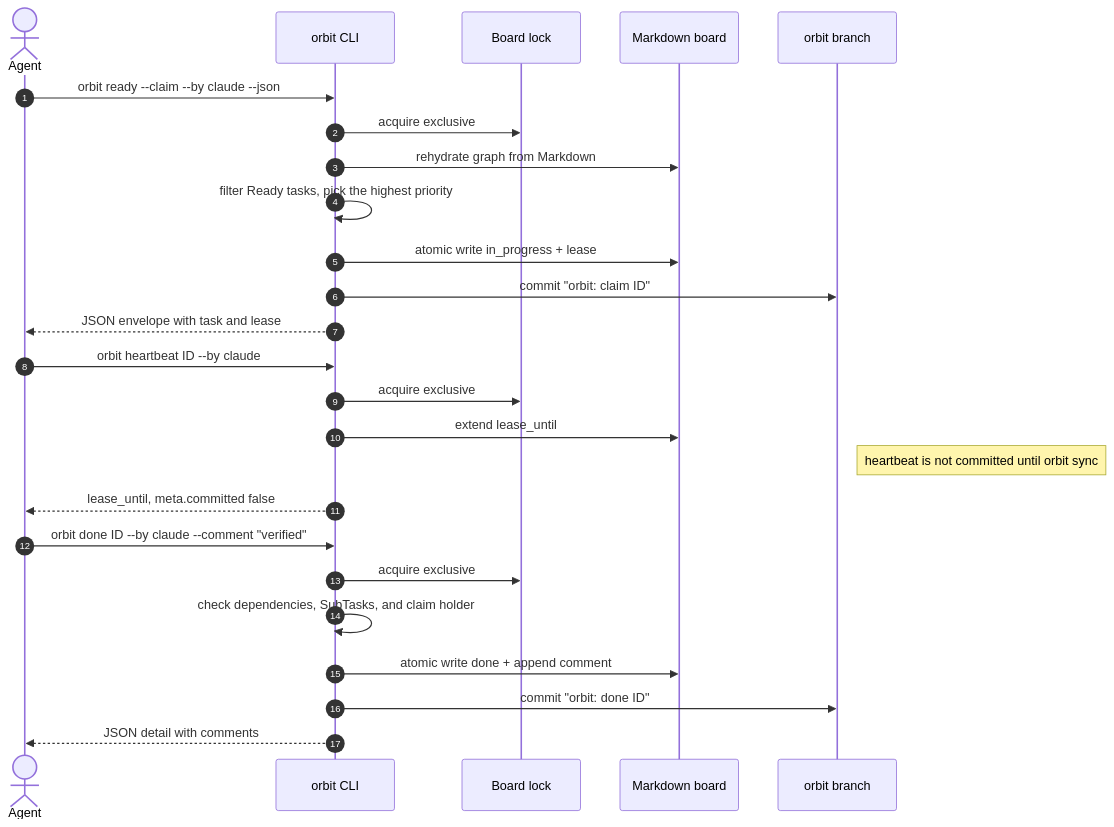
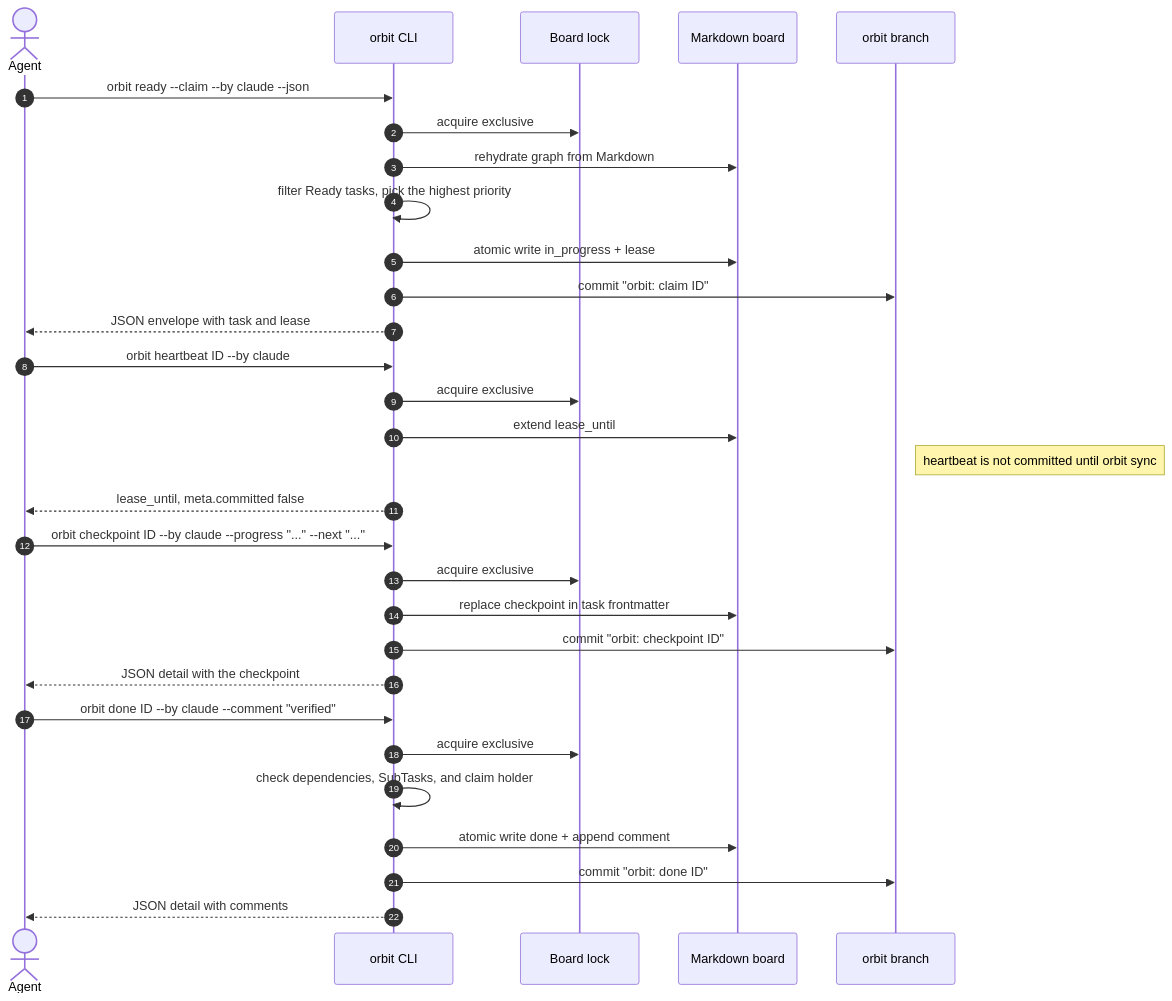
One commit to rcmendes/orbit changed the second of 6 diagrams in README.md. Above: the diagram before and after it, drawn with Mermaid. The commit also changed other lines of this file and 22 other files, not shown here.

````diff
--- a/README.md
+++ b/README.md
@@ -404,30 +410,36 @@
 ```mermaid
 sequenceDiagram
     autonumber
     actor Agent
     participant CLI as orbit CLI
     participant Lock as Board lock
     participant Board as Markdown board
     participant Git as orbit branch
 
     Agent->>CLI: orbit ready --claim --by claude --json
     CLI->>Lock: acquire exclusive
     CLI->>Board: rehydrate graph from Markdown
     CLI->>CLI: filter Ready tasks, pick the highest priority
     CLI->>Board: atomic write in_progress + lease
     CLI->>Git: commit "orbit: claim ID"
     CLI-->>Agent: JSON envelope with task and lease
 
     Agent->>CLI: orbit heartbeat ID --by claude
     CLI->>Lock: acquire exclusive
     CLI->>Board: extend lease_until
     Note right of Git: heartbeat is not committed until orbit sync
     CLI-->>Agent: lease_until, meta.committed false
 
+    Agent->>CLI: orbit checkpoint ID --by claude --progress "..." --next "..."
+    CLI->>Lock: acquire exclusive
+    CLI->>Board: replace checkpoint in task frontmatter
+    CLI->>Git: commit "orbit: checkpoint ID"
+    CLI-->>Agent: JSON detail with the checkpoint
+
     Agent->>CLI: orbit done ID --by claude --comment "verified"
     CLI->>Lock: acquire exclusive
     CLI->>CLI: check dependencies, SubTasks, and claim holder
     CLI->>Board: atomic write done + append comment
     CLI->>Git: commit "orbit: done ID"
     CLI-->>Agent: JSON detail with comments
 ```
````
